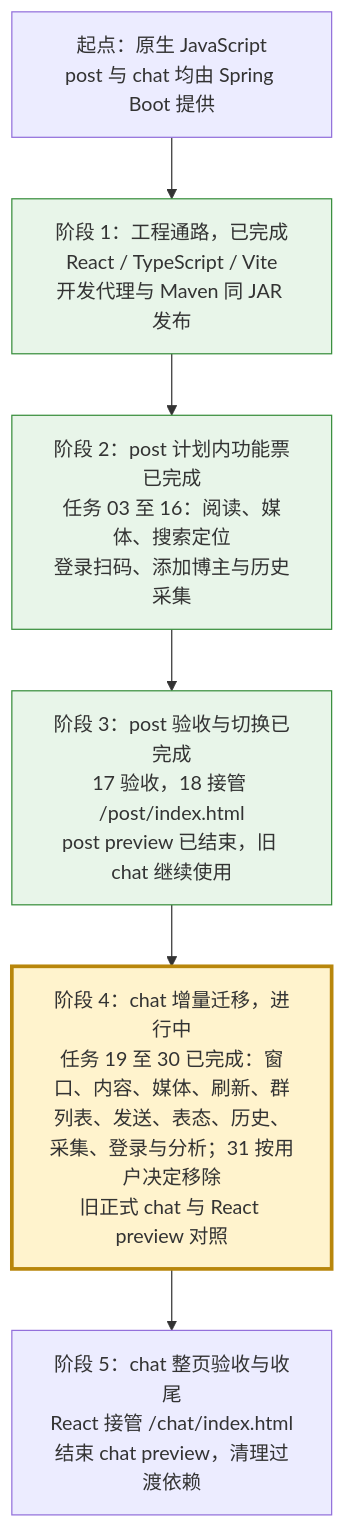
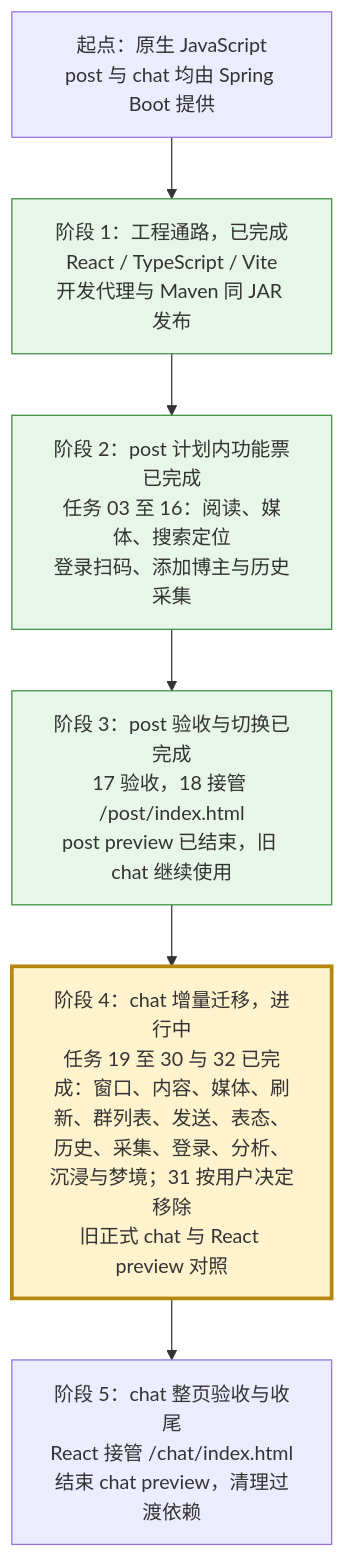
Before and after one commit to findxyz/vb-weibo-plus: the diagram in .scratch/react-migration/PLAN.md, drawn with Mermaid. The commit also changed other lines of this file and 8 other files, not shown here.

````diff
--- a/.scratch/react-migration/PLAN.md
+++ b/.scratch/react-migration/PLAN.md
@@ -17,14 +17,14 @@
 ```mermaid
 flowchart TD
     A["起点：原生 JavaScript<br/>post 与 chat 均由 Spring Boot 提供"]
     B["阶段 1：工程通路，已完成<br/>React / TypeScript / Vite<br/>开发代理与 Maven 同 JAR 发布"]
     C["阶段 2：post 计划内功能票已完成<br/>任务 03 至 16：阅读、媒体、搜索定位<br/>登录扫码、添加博主与历史采集"]
     D["阶段 3：post 验收与切换已完成<br/>17 验收，18 接管 /post/index.html<br/>post preview 已结束，旧 chat 继续使用"]
-    E["阶段 4：chat 增量迁移，进行中<br/>任务 19 至 30 已完成：窗口、内容、媒体、刷新、群列表、发送、表态、历史、采集、登录与分析；31 按用户决定移除<br/>旧正式 chat 与 React preview 对照"]
+    E["阶段 4：chat 增量迁移，进行中<br/>任务 19 至 30 与 32 已完成：窗口、内容、媒体、刷新、群列表、发送、表态、历史、采集、登录、分析、沉浸与梦境；31 按用户决定移除<br/>旧正式 chat 与 React preview 对照"]
     F["阶段 5：chat 整页验收与收尾<br/>React 接管 /chat/index.html<br/>结束 chat preview，清理过渡依赖"]
     A --> B --> C --> D --> E --> F
     classDef complete fill:#e8f5e9,stroke:#388e3c
     classDef current fill:#fff3cd,stroke:#b8860b,stroke-width:3px
     class B,C,D complete
     class E current
 ```
````
